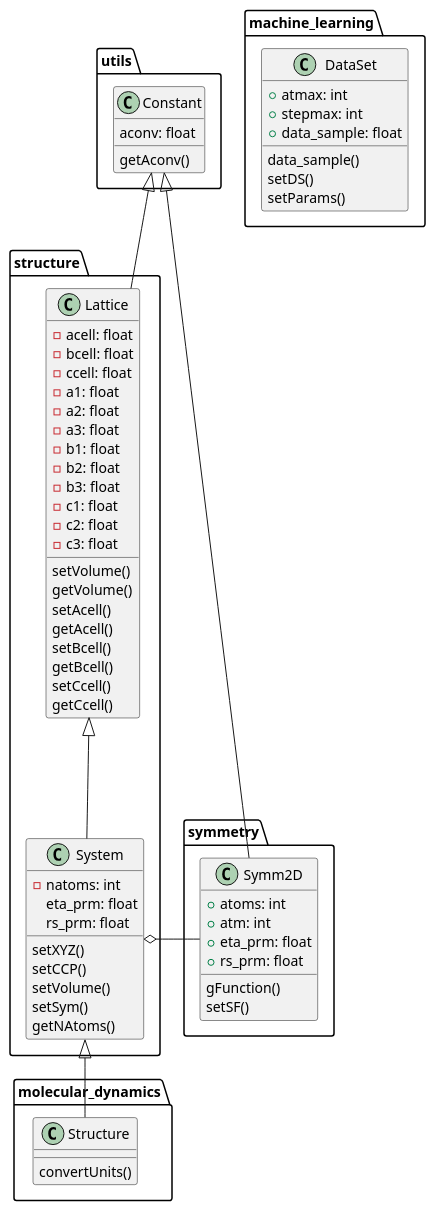
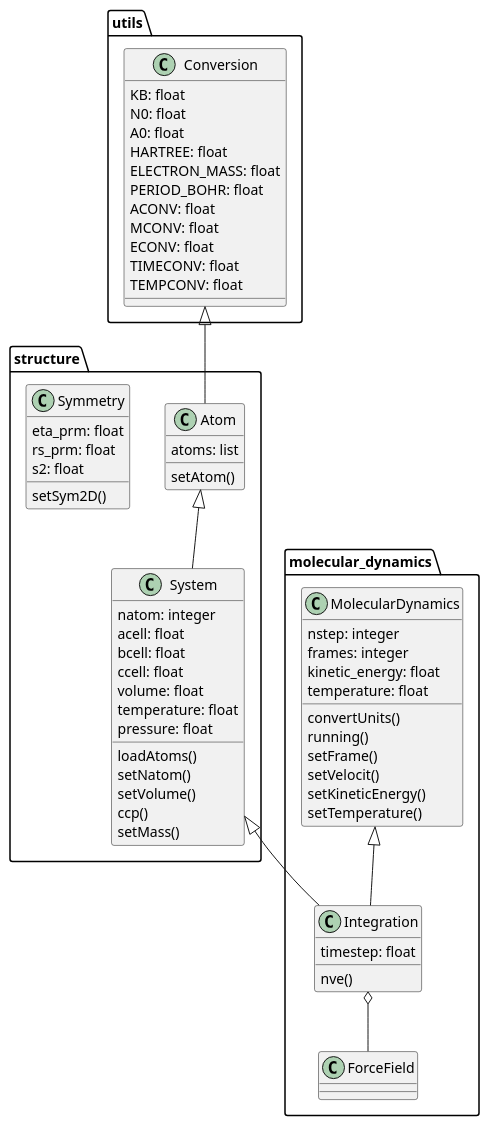
Before and after one commit to flavianowilliams/M3L: the diagram in docs/phase_diagram.puml, drawn with PlantUML. The commit also changed 4 other files, not shown here.

```diff
--- a/docs/phase_diagram.puml
+++ b/docs/phase_diagram.puml
@@ -1,72 +1,68 @@
 @startuml M3L
 package utils{
-    class Constant{
-        aconv: float
-        getAconv()
+    class Conversion{
+        KB: float
+        N0: float
+        A0: float
+        HARTREE: float
+        ELECTRON_MASS: float
+        PERIOD_BOHR: float
+        ACONV: float
+        MCONV: float
+        ECONV: float
+        TIMECONV: float
+        TEMPCONV: float
+    }
+  }
+package molecular_dynamics{
+    class MolecularDynamics{
+        nstep: integer
+        frames: integer
+        kinetic_energy: float
+        temperature: float
+        convertUnits()
+        running()
+        setFrame()
+        setVelocit()
+        setKineticEnergy()
+        setTemperature()
+    }
+    class Integration{
+        timestep: float
+        nve()
+    }
+    class ForceField{
+  }
+}
+package structure{
+    class System{
+      natom: integer
+      acell: float
+      bcell: float
+      ccell: float
+      volume: float
+      temperature: float
+      pressure: float
+      loadAtoms()
+      setNatom()
+      setVolume()
+      ccp()
+      setMass()
+    }
+    class Atom{
+        atoms: list
+        setAtom()
+  }
+    class Symmetry{
+      eta_prm: float
+      rs_prm: float
+      s2: float
+      setSym2D()
     }
 }
-package structure{
-    class Lattice{
-        -acell: float
-        -bcell: float
-        -ccell: float
-        -a1: float
-        -a2: float
-        -a3: float
-        -b1: float
-        -b2: float
-        -b3: float
-        -c1: float
-        -c2: float
-        -c3: float
-        setVolume()
-        getVolume()
-        setAcell()
-        getAcell()
-        setBcell()
-        getBcell()
-        setCcell()
-        getCcell()
-    }
-    class System{
-        -natoms: int
-        eta_prm: float
-        rs_prm: float
-        setXYZ()
-        setCCP()
-        setVolume()
-        setSym()
-        getNAtoms()
-    }
-}
-package symmetry{
-    class Symm2D{
-        +atoms: int
-        +atm: int
-        +eta_prm: float
-        +rs_prm: float
-        gFunction()
-        setSF()
-    }
-}
-package machine_learning{
-    class DataSet{
-        +atmax: int
-        +stepmax: int
-        +data_sample: float
-        data_sample()
-        setDS()
-        setParams()
-    }
-}
-package molecular_dynamics{
-    class Structure{
-        convertUnits()    
-    }
-}
-Constant <|-- Lattice
-Constant <|-- Symm2D
-System <|-- Structure
-System o-right- Symm2D
-Lattice <|--- System
+Conversion <|-- Atom
+Integration o-- ForceField
+MolecularDynamics <|-- Integration
+System <|-- Integration
+Atom <|-- System
 @enduml
```
